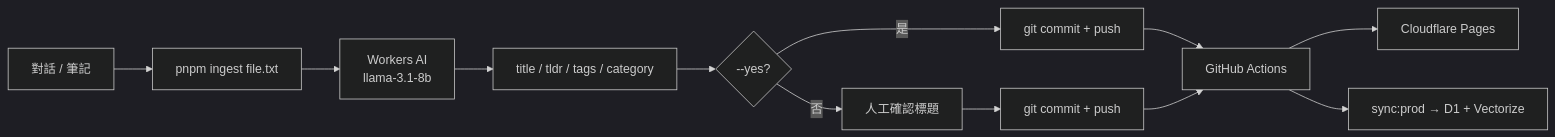
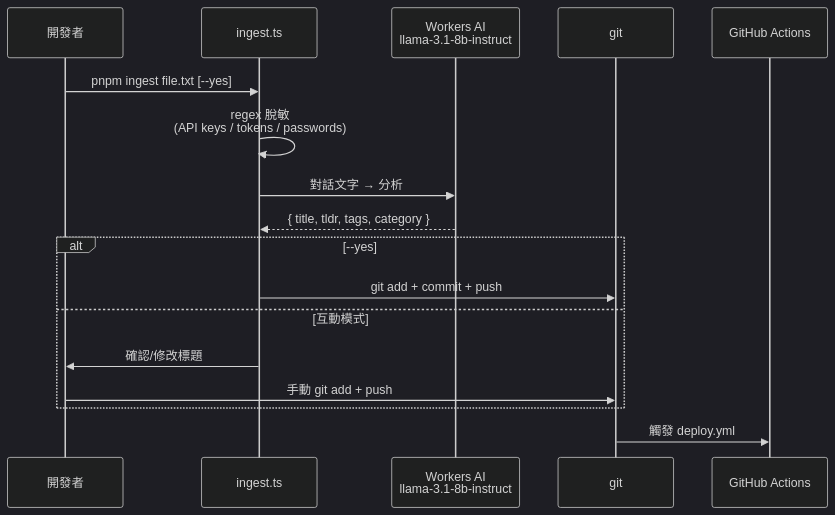
Before and after one commit to a920604a/engineernews: the first of 3 diagrams in docs/ingest.md, drawn with Mermaid (dark theme). The commit also changed other lines of this file and 9 other files, not shown here.

````diff
--- a/docs/ingest.md
+++ b/docs/ingest.md
@@ -50,14 +27,22 @@
 ```mermaid
-flowchart LR
-  Conv[對話 / 筆記] --> Ingest[pnpm ingest file.txt]
-  Ingest --> AI[Workers AI\nllama-3.1-8b]
-  AI --> Meta[title / tldr / tags / category]
-  Meta --> Mode{--yes?}
-  Mode -- 是 --> AutoCommit[git commit + push]
-  Mode -- 否 --> Review[人工確認標題]
-  Review --> ManualCommit[git commit + push]
-  AutoCommit --> CI[GitHub Actions]
-  ManualCommit --> CI
-  CI --> Deploy[Cloudflare Pages]
-  CI --> Sync[sync:prod → D1 + Vectorize]
+sequenceDiagram
+  participant Dev as 開發者
+  participant Script as ingest.ts
+  participant LLM as Workers AI<br/>llama-3.1-8b-instruct
+  participant Git as git
+  participant GHA as GitHub Actions
+
+  Dev->>Script: pnpm ingest file.txt [--yes]
+  Script->>Script: regex 脫敏<br/>(API keys / tokens / passwords)
+  Script->>LLM: 對話文字 → 分析
+  LLM-->>Script: { title, tldr, tags, category }
+
+  alt --yes
+    Script->>Git: git add + commit + push
+  else 互動模式
+    Script->>Dev: 確認/修改標題
+    Dev->>Git: 手動 git add + push
+  end
+
+  Git->>GHA: 觸發 deploy.yml
 ```
````
